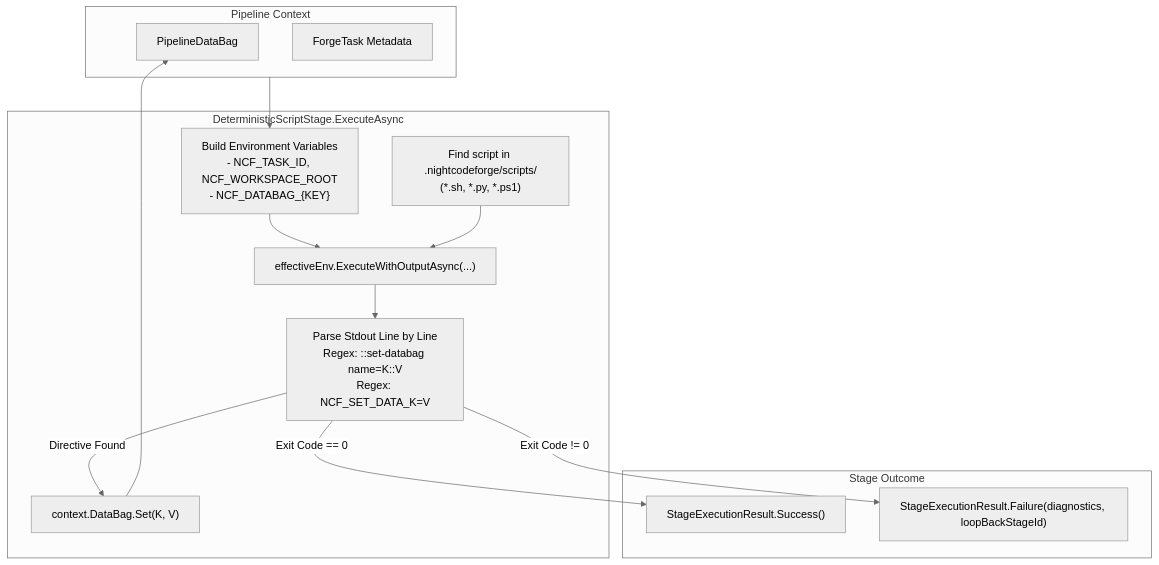
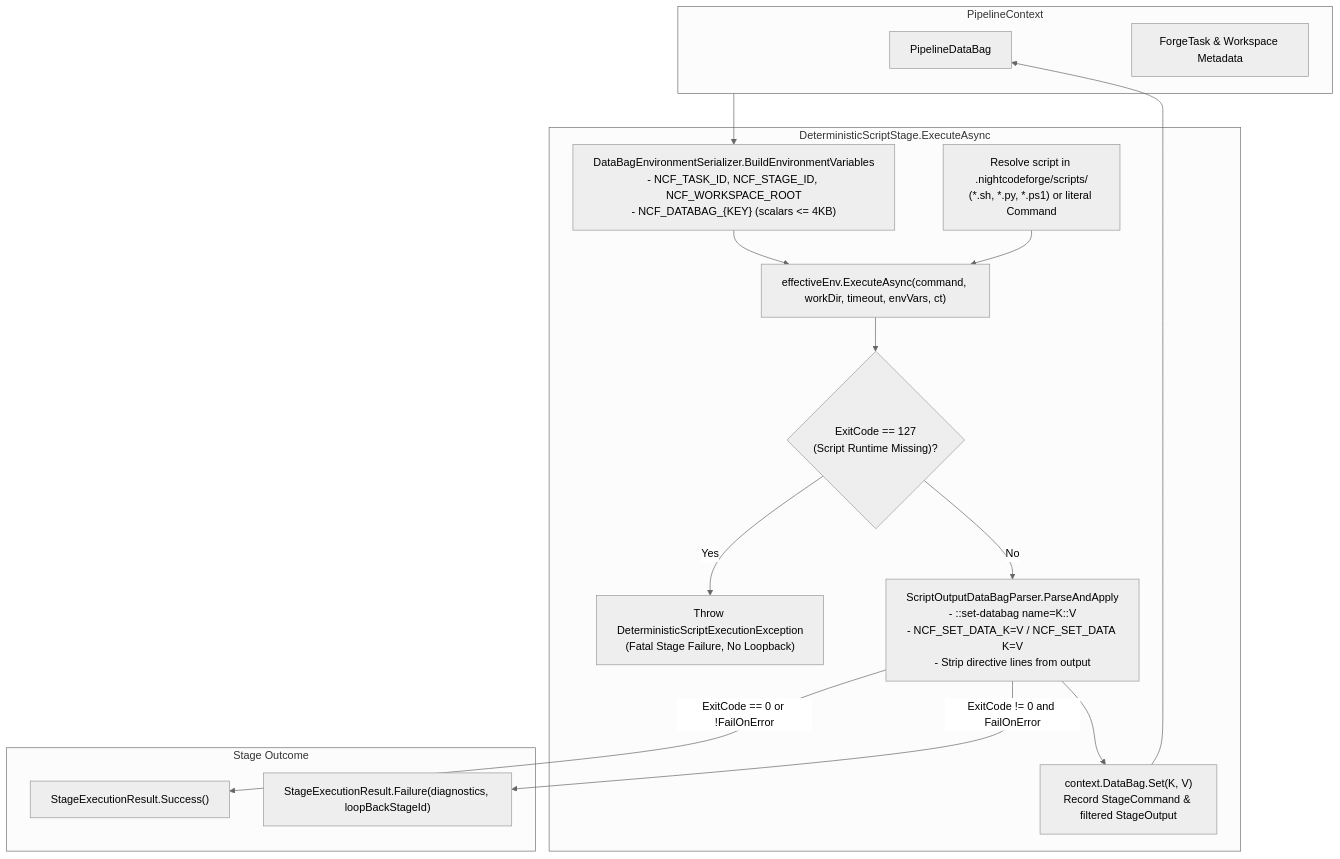
The diagram in docs/features/STEP_12_9_CUSTOM_SCRIPTS_FOR_DETERMINISTIC_STEPS.md (jetelain/NightCodeForge), drawn with Mermaid (neutral theme) before and after one commit. The commit also changed other lines of this file and 7 other files, not shown here.

````diff
--- a/docs/features/STEP_12_9_CUSTOM_SCRIPTS_FOR_DETERMINISTIC_STEPS.md
+++ b/docs/features/STEP_12_9_CUSTOM_SCRIPTS_FOR_DETERMINISTIC_STEPS.md
@@ -104,27 +143,31 @@
 ```mermaid
 flowchart TD
-    subgraph Context ["Pipeline Context"]
-        DB[PipelineDataBag]
-        Task[ForgeTask Metadata]
+    subgraph Context ["PipelineContext"]
+        DB["PipelineDataBag"]
+        Task["ForgeTask & Workspace Metadata"]
     end
 
     subgraph ScriptStage ["DeterministicScriptStage.ExecuteAsync"]
-        ResolveScript["Find script in .nightcodeforge/scripts/<br/>(*.sh, *.py, *.ps1)"]
-        BuildEnv["Build Environment Variables<br/>- NCF_TASK_ID, NCF_WORKSPACE_ROOT<br/>- NCF_DATABAG_{KEY}"]
-        Exec["effectiveEnv.ExecuteWithOutputAsync(...)"]
-        ParseStdout["Parse Stdout Line by Line<br/>Regex: ::set-databag name=K::V<br/>Regex: NCF_SET_DATA_K=V"]
-        UpdateDB["context.DataBag.Set(K, V)"]
+        ResolveScript["Resolve script in .nightcodeforge/scripts/<br/>(*.sh, *.py, *.ps1) or literal Command"]
+        BuildEnv["DataBagEnvironmentSerializer.BuildEnvironmentVariables<br/>- NCF_TASK_ID, NCF_STAGE_ID, NCF_WORKSPACE_ROOT<br/>- NCF_DATABAG_{KEY} (scalars <= 4KB)"]
+        Exec["effectiveEnv.ExecuteAsync(command, workDir, timeout, envVars, ct)"]
+        Check127{"ExitCode == 127<br/>(Script Runtime Missing)?"}
+        ThrowEx["Throw DeterministicScriptExecutionException<br/>(Fatal Stage Failure, No Loopback)"]
+        ParseStdout["ScriptOutputDataBagParser.ParseAndApply<br/>- ::set-databag name=K::V<br/>- NCF_SET_DATA_K=V / NCF_SET_DATA K=V<br/>- Strip directive lines from output"]
+        UpdateDB["context.DataBag.Set(K, V)<br/>Record StageCommand & filtered StageOutput"]
     end
 
     subgraph Result ["Stage Outcome"]
         Success["StageExecutionResult.Success()"]
         Failure["StageExecutionResult.Failure(diagnostics, loopBackStageId)"]
     end
 
     Context --> BuildEnv --> Exec
     ResolveScript --> Exec
-    Exec --> ParseStdout
-    ParseStdout -- "Directive Found" --> UpdateDB --> DB
-    ParseStdout -- "Exit Code == 0" --> Success
-    ParseStdout -- "Exit Code != 0" --> Failure
+    Exec --> Check127
+    Check127 -- "Yes" --> ThrowEx
+    Check127 -- "No" --> ParseStdout
+    ParseStdout --> UpdateDB --> DB
+    ParseStdout -- "ExitCode == 0 or !FailOnError" --> Success
+    ParseStdout -- "ExitCode != 0 and FailOnError" --> Failure
 ```
````
